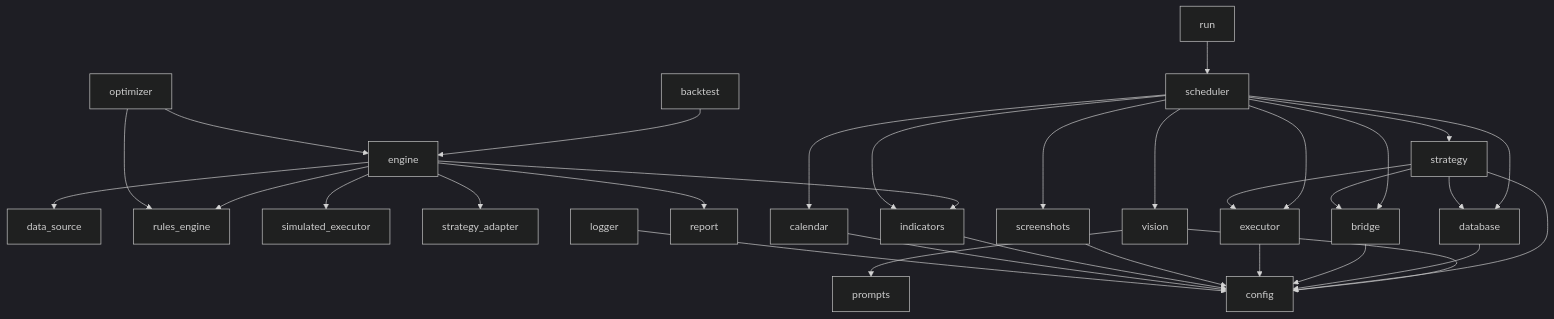
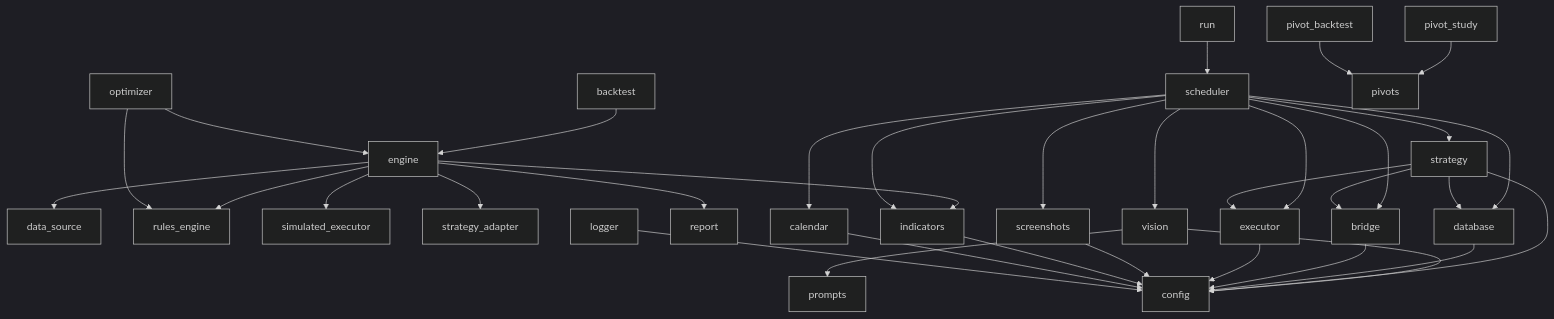
Before and after one commit to Doulla1/trading-bot-mt5: the third of 3 diagrams in docs/content/3-architecture/architecture-globale.md, drawn with Mermaid (dark theme). The commit also changed other lines of this file and 34 other files, not shown here.

````diff
--- a/docs/content/3-architecture/architecture-globale.md
+++ b/docs/content/3-architecture/architecture-globale.md
@@ -159,34 +168,36 @@
 ```mermaid
 flowchart TD
     run --> scheduler
     backtest --> engine
     engine --> data_source
     engine --> rules_engine
     engine --> simulated_executor
     engine --> strategy_adapter
     engine --> indicators
     engine --> report
     optimizer --> engine
     optimizer --> rules_engine
     scheduler --> bridge
     scheduler --> screenshots
     scheduler --> indicators
     scheduler --> executor
     scheduler --> calendar
     scheduler --> database
     scheduler --> vision
     scheduler --> strategy
     vision --> prompts
     vision --> config
     strategy --> bridge
     strategy --> executor
     strategy --> database
     strategy --> config
     database --> config
     bridge --> config
     executor --> config
     screenshots --> config
     indicators --> config
     calendar --> config
     logger --> config
+    pivot_study --> pivots
+    pivot_backtest --> pivots
 ```
````
